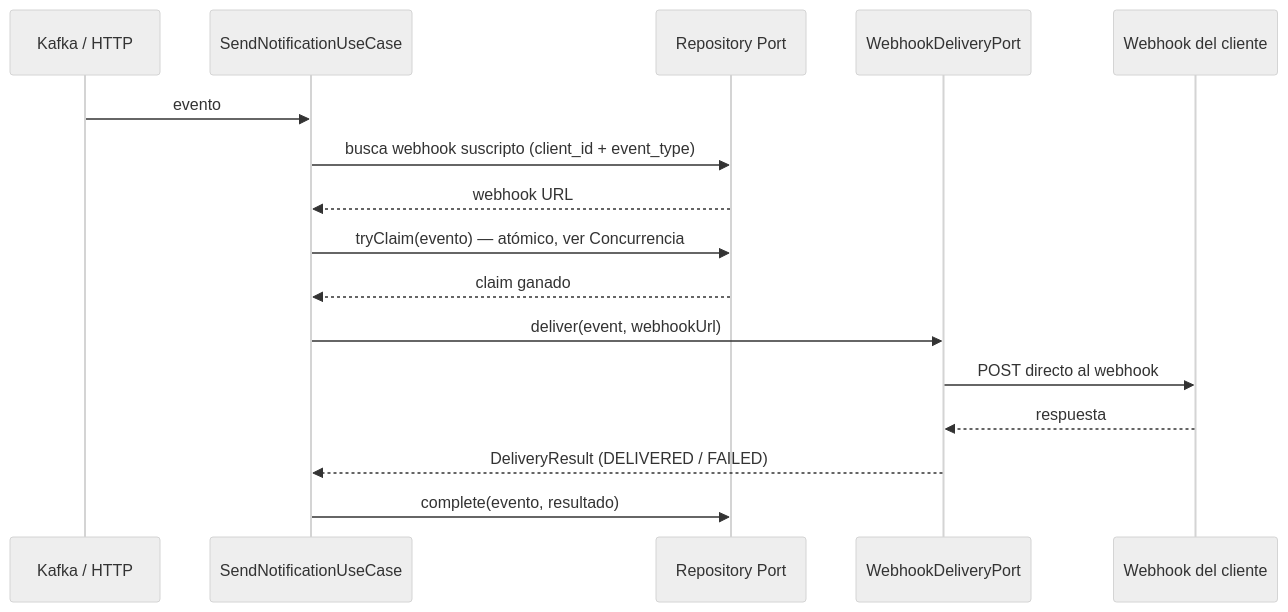
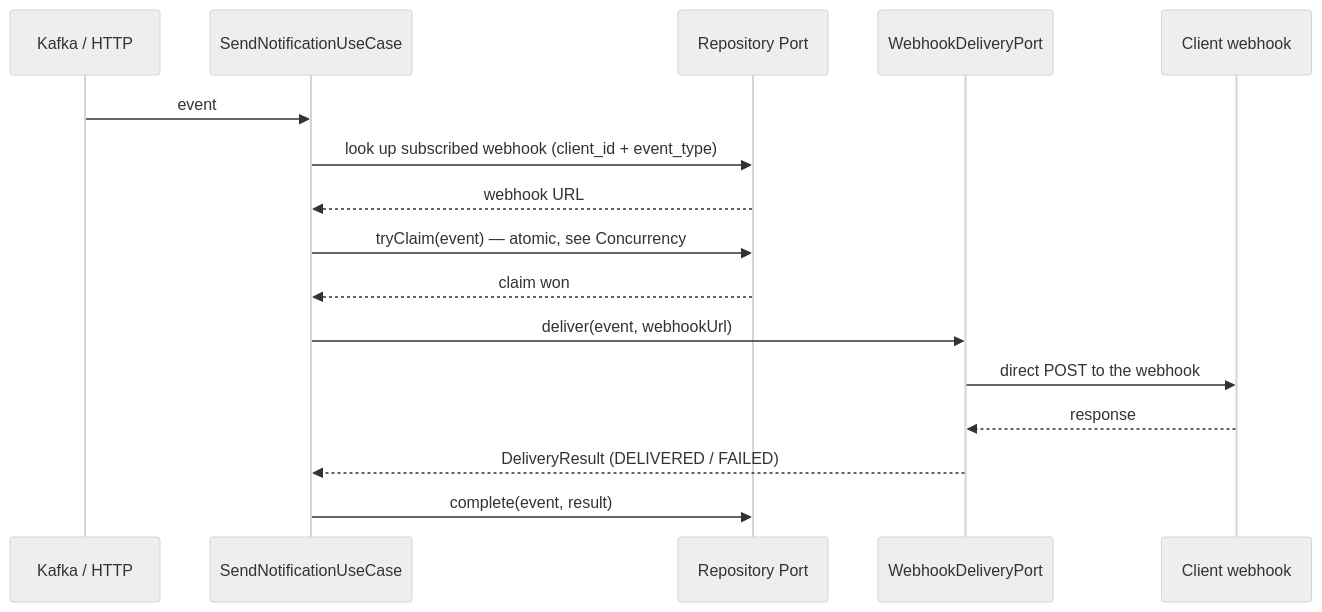
One commit to mlpaz/cobre-challenge changed the second of 2 diagrams in README.md. Above: the diagram before and after it, drawn with Mermaid (neutral theme). The commit also changed other lines of this file, not shown here.

````diff
--- a/README.md
+++ b/README.md
@@ -52,19 +52,19 @@
 ```mermaid
 sequenceDiagram
     participant Origen as Kafka / HTTP
     participant UseCase as SendNotificationUseCase
     participant Repo as Repository Port
     participant Delivery as WebhookDeliveryPort
-    participant Webhook as Webhook del cliente
+    participant Webhook as Client webhook
 
-    Origen->>UseCase: evento
-    UseCase->>Repo: busca webhook suscripto (client_id + event_type)
+    Origen->>UseCase: event
+    UseCase->>Repo: look up subscribed webhook (client_id + event_type)
     Repo-->>UseCase: webhook URL
-    UseCase->>Repo: tryClaim(evento) — atómico, ver Concurrencia
-    Repo-->>UseCase: claim ganado
+    UseCase->>Repo: tryClaim(event) — atomic, see Concurrency
+    Repo-->>UseCase: claim won
     UseCase->>Delivery: deliver(event, webhookUrl)
-    Delivery->>Webhook: POST directo al webhook
-    Webhook-->>Delivery: respuesta
+    Delivery->>Webhook: direct POST to the webhook
+    Webhook-->>Delivery: response
     Delivery-->>UseCase: DeliveryResult (DELIVERED / FAILED)
-    UseCase->>Repo: complete(evento, resultado)
+    UseCase->>Repo: complete(event, result)
 ```
````
